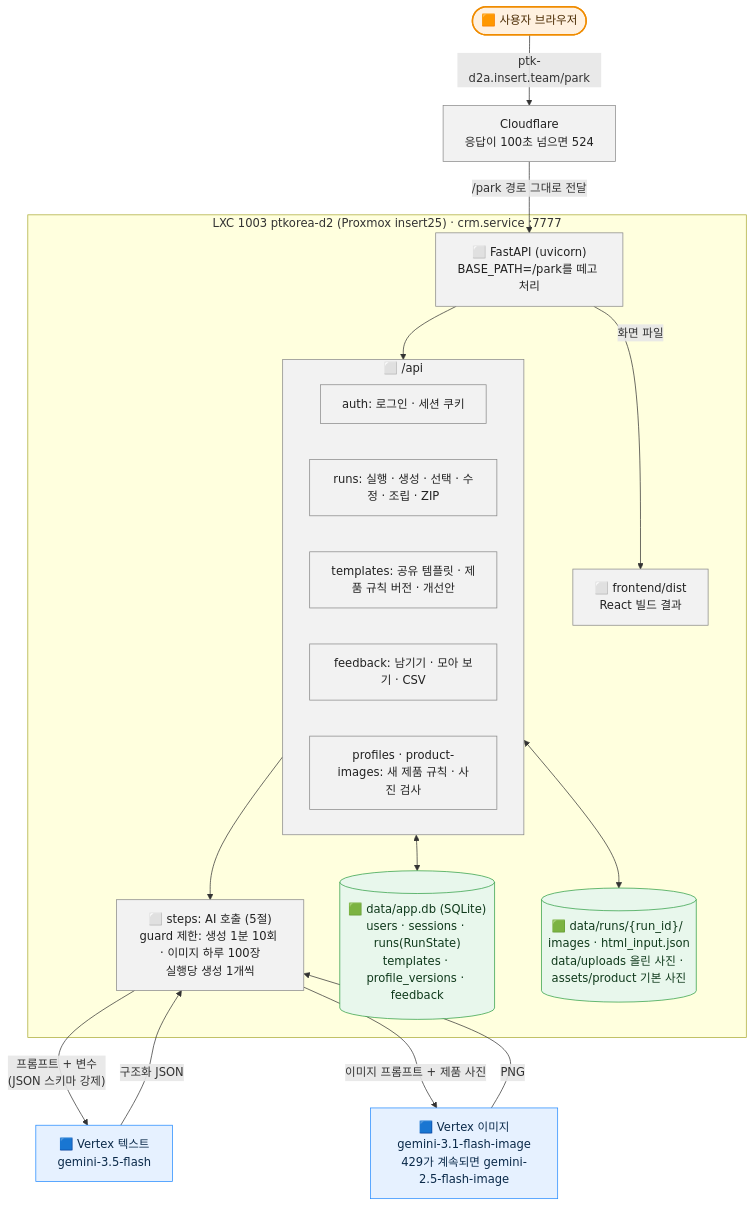
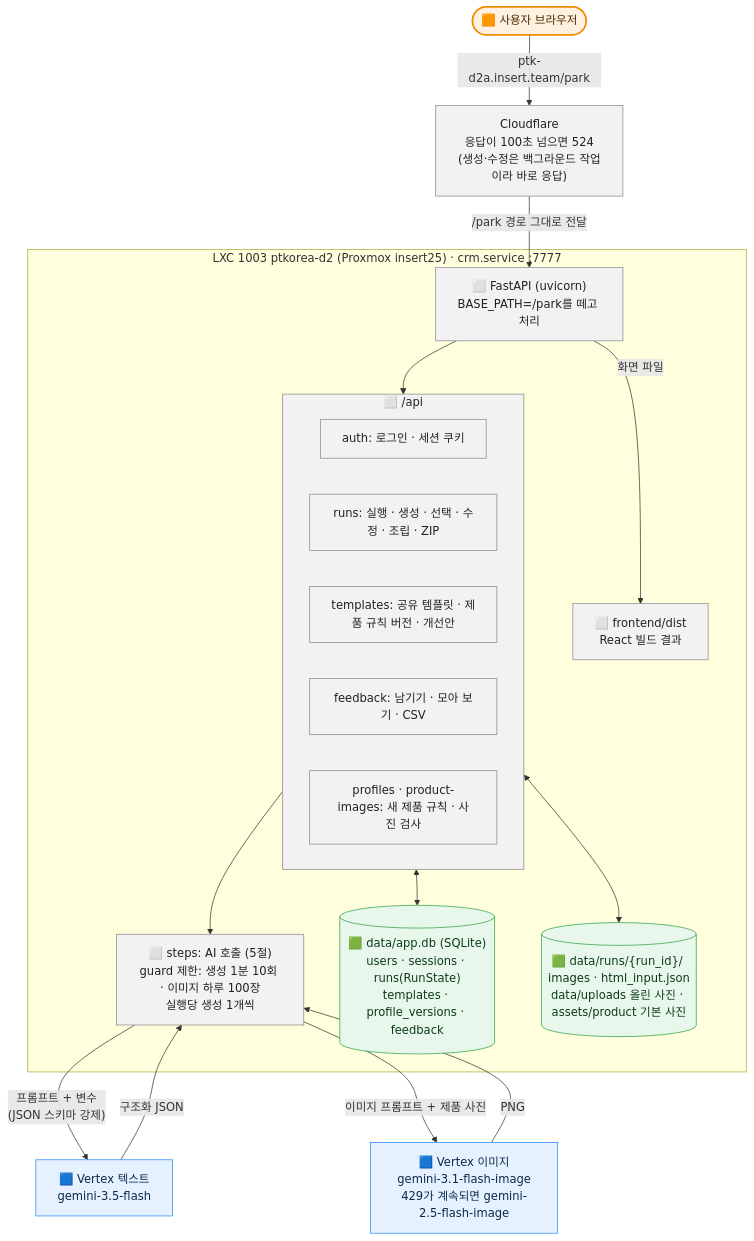
Before and after one commit to harinsd404/CRM-prototype: the second of 3 diagrams in docs/flow.md, drawn with Mermaid. The commit also changed 10 other files, not shown here.

Commit message:
feat: 생성·수정을 백그라운드 작업으로 돌려 Cloudflare 524 막기

````diff
--- a/docs/flow.md
+++ b/docs/flow.md
@@ -81,36 +81,36 @@
 ```mermaid
 flowchart TB
-    U(["🟧 사용자 브라우저"]) -- "ptk-d2a.insert.team/park" --> CF["Cloudflare<br/>응답이 100초 넘으면 524"]
+    U(["🟧 사용자 브라우저"]) -- "ptk-d2a.insert.team/park" --> CF["Cloudflare<br/>응답이 100초 넘으면 524<br/>(생성·수정은 백그라운드 작업이라 바로 응답)"]
     CF -- "/park 경로 그대로 전달" --> APP
 
     subgraph LXC["LXC 1003 ptkorea-d2 (Proxmox insert25) · crm.service :7777"]
         APP["⬜ FastAPI (uvicorn)<br/>BASE_PATH=/park를 떼고 처리"]
         APP -- "화면 파일" --> FE["⬜ frontend/dist<br/>React 빌드 결과"]
         APP --> API
         subgraph API["⬜ /api"]
             direction LR
             A1["auth: 로그인 · 세션 쿠키"]
             A2["runs: 실행 · 생성 · 선택 · 수정 · 조립 · ZIP"]
             A3["templates: 공유 템플릿 · 제품 규칙 버전 · 개선안"]
             A4["feedback: 남기기 · 모아 보기 · CSV"]
             A5["profiles · product-images: 새 제품 규칙 · 사진 검사"]
         end
         API --> GUARD["⬜ steps: AI 호출 (5절)<br/>guard 제한: 생성 1분 10회 · 이미지 하루 100장<br/>실행당 생성 1개씩"]
         API <--> DB[("🟩 data/app.db (SQLite)<br/>users · sessions · runs(RunState)<br/>templates · profile_versions · feedback")]
         API <--> FS[("🟩 data/runs/{run_id}/ images · html_input.json<br/>data/uploads 올린 사진 · assets/product 기본 사진")]
     end
 
     GUARD -- "프롬프트 + 변수<br/>(JSON 스키마 강제)" --> TXT["🟦 Vertex 텍스트<br/>gemini-3.5-flash"]
     TXT -- "구조화 JSON" --> GUARD
     GUARD -- "이미지 프롬프트 + 제품 사진" --> IMG["🟦 Vertex 이미지<br/>gemini-3.1-flash-image<br/>429가 계속되면 gemini-2.5-flash-image"]
     IMG -- "PNG" --> GUARD
 
     classDef ai fill:#E6F1FF,stroke:#2189FF,color:#0B2A4A
     classDef code fill:#F2F2F2,stroke:#888,color:#222
     classDef human fill:#FFF1E0,stroke:#F08C00,color:#4A2A00,stroke-width:2px
     classDef data fill:#E8F7EC,stroke:#2F9E44,color:#103A1C
     class TXT,IMG ai
     class APP,FE,API,A1,A2,A3,A4,A5,GUARD,CF code
     class U human
     class DB,FS data
 ```
````
